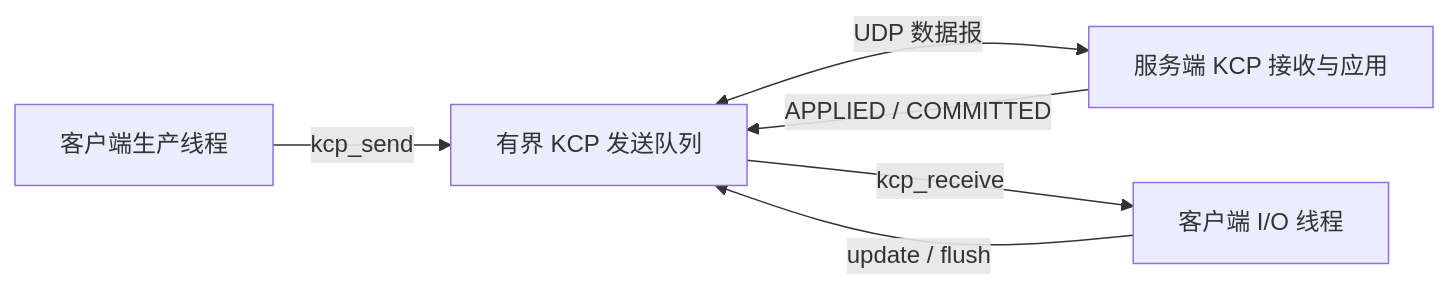
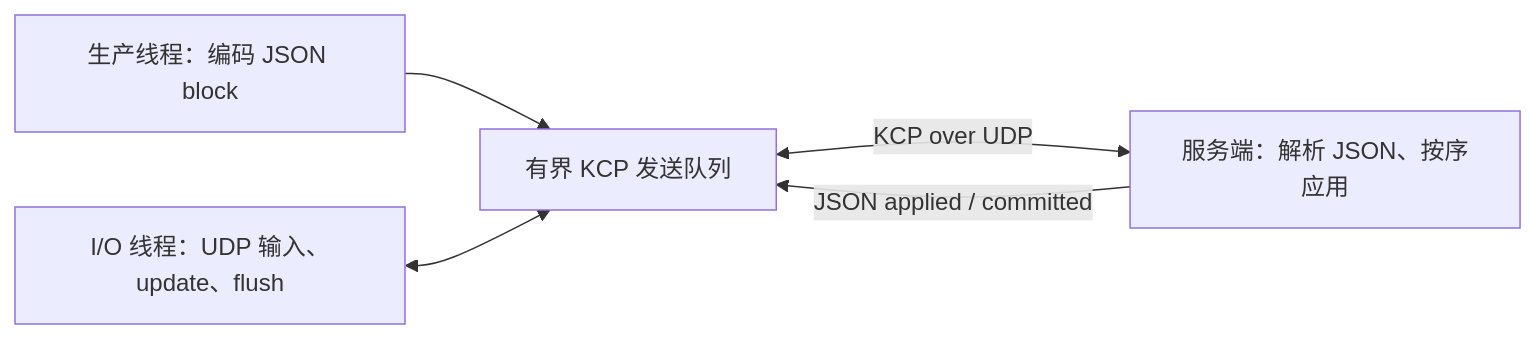
One commit to HuangX666/hx_c_platform changed the diagram in docs/KCP_BUSINESS.zh-CN.md. Above: the diagram before and after it, drawn with Mermaid. The commit also changed other lines of this file and 32 other files, not shown here.

````diff
--- a/docs/KCP_BUSINESS.zh-CN.md
+++ b/docs/KCP_BUSINESS.zh-CN.md
@@ -43,8 +43,7 @@
 ```mermaid
 flowchart LR
-    P[客户端生产线程] -->|kcp_send| Q[有界 KCP 发送队列]
-    IO[客户端 I/O 线程] -->|update / flush| Q
-    Q <-->|UDP 数据报| S[服务端 KCP 接收与应用]
-    S -->|APPLIED / COMMITTED| Q
-    Q -->|kcp_receive| IO
+    P[生产线程：编码 JSON block] --> Q[有界 KCP 发送队列]
+    IO[I/O 线程：UDP 输入、update、flush] <--> Q
+    Q <-->|KCP over UDP| S[服务端：解析 JSON、按序应用]
+    S -->|JSON applied / committed| Q
 ```
````
